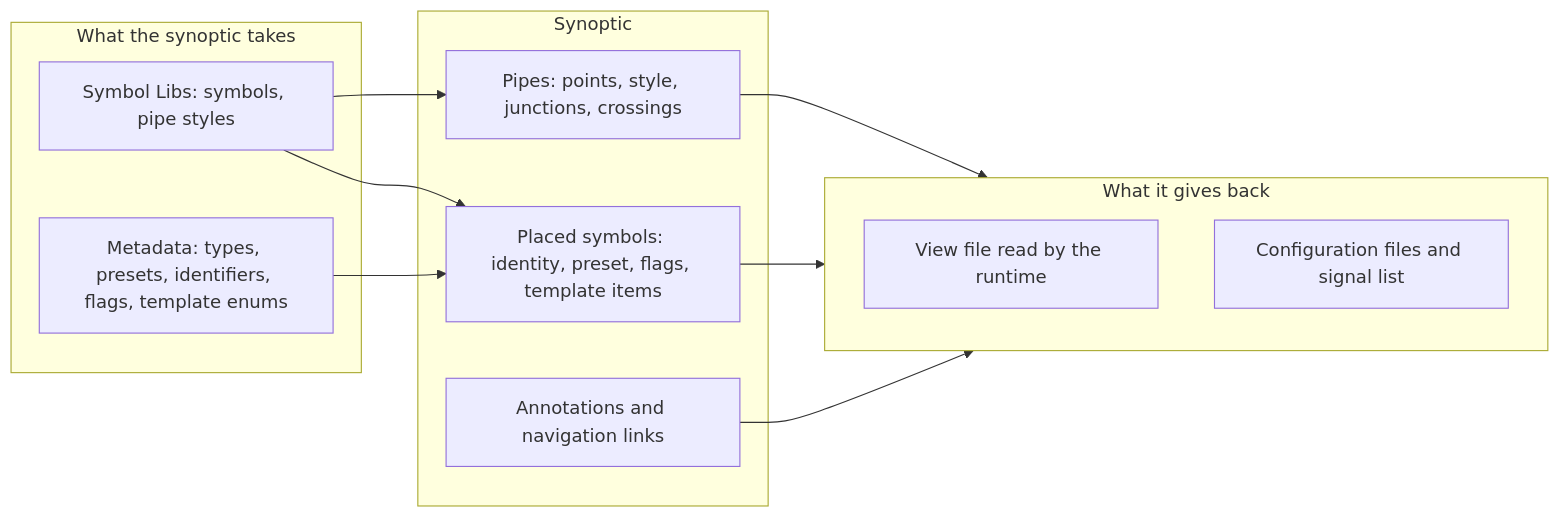
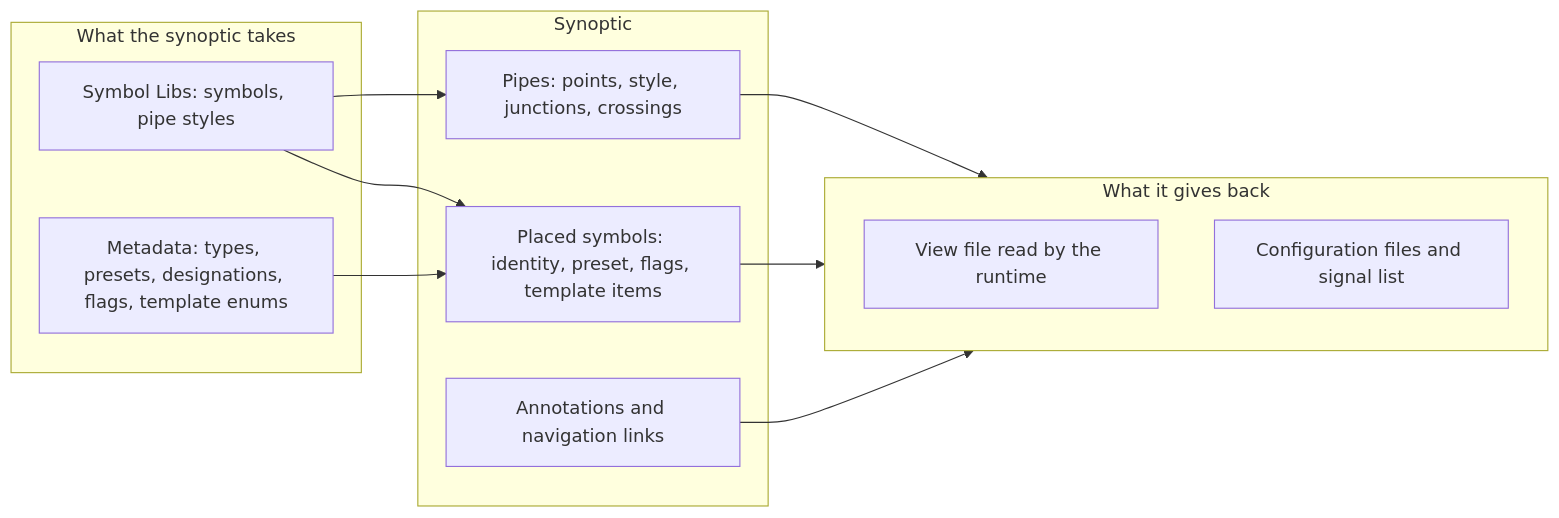
One commit to AlexandreGallais/synoptic-studio-spec changed the diagram in synoptics/README.md. Above: the diagram before and after it, drawn with Mermaid. The commit also changed other lines of this file and 19 other files, not shown here.

````diff
--- a/synoptics/README.md
+++ b/synoptics/README.md
@@ -19,22 +19,22 @@
 ```mermaid
 flowchart LR
     subgraph IN["What the synoptic takes"]
         SL["Symbol Libs: symbols, pipe styles"]
-        MD["Metadata: types, presets, identifiers, flags, template enums"]
+        MD["Metadata: types, presets, designations, flags, template enums"]
     end
     subgraph SN["Synoptic"]
         PS["Placed symbols: identity, preset, flags, template items"]
         PI["Pipes: points, style, junctions, crossings"]
         AN["Annotations and navigation links"]
     end
     SL --> PS
     SL --> PI
     MD --> PS
     PS --> OUT
     PI --> OUT
     AN --> OUT
     subgraph OUT["What it gives back"]
         VF["View file read by the runtime"]
         CF["Configuration files and signal list"]
     end
 ```
````
